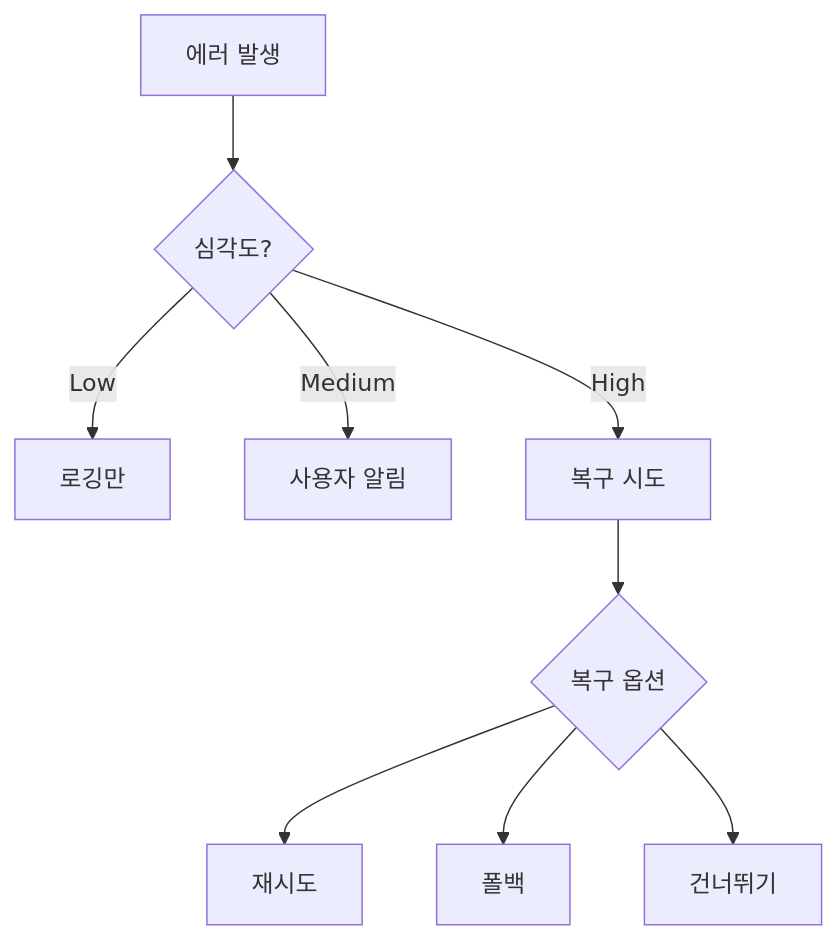
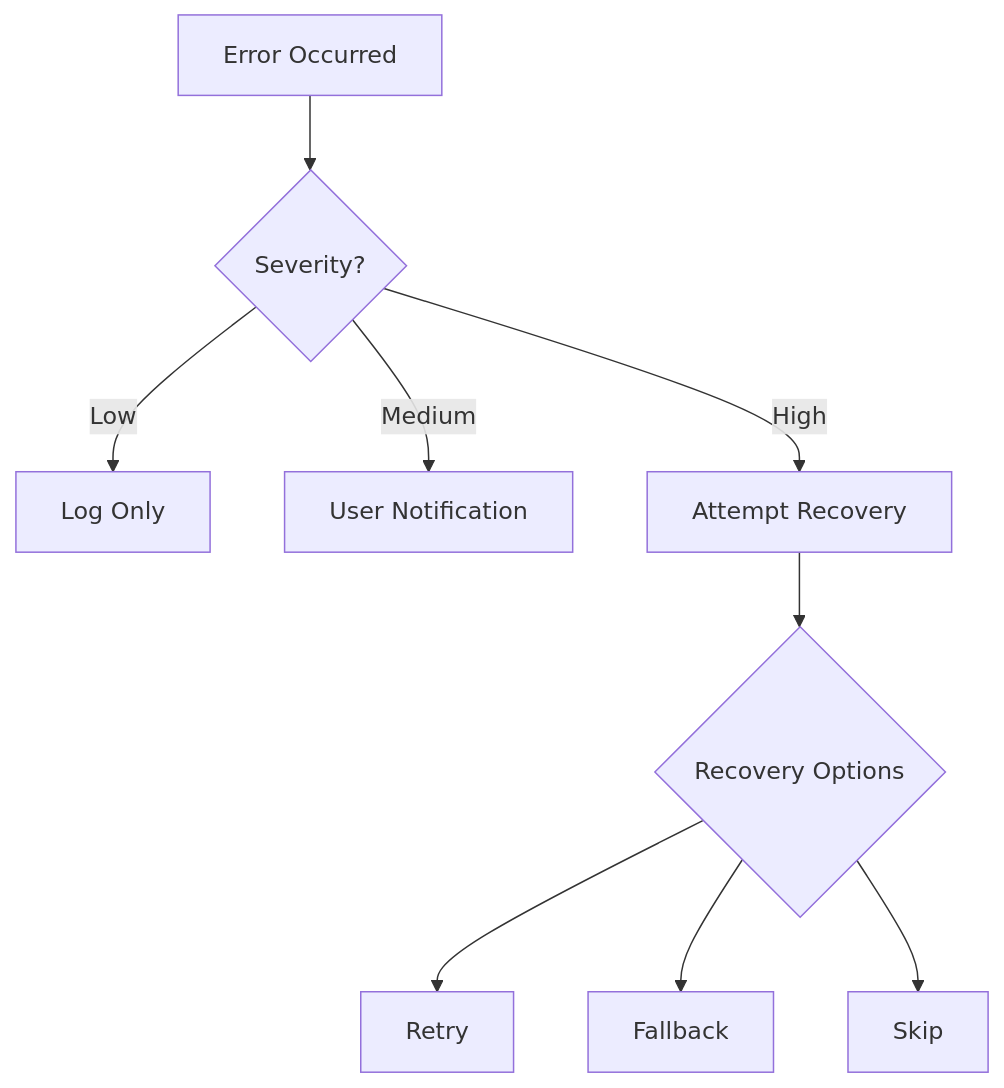
The tenth of 10 diagrams in docs/ARCHITECTURE.md (yeochul-jeon/ralph-mem), drawn with Mermaid before and after one commit. The commit also changed other lines of this file and 26 other files, not shown here.

````diff
--- a/docs/ARCHITECTURE.md
+++ b/docs/ARCHITECTURE.md
@@ -436,11 +438,11 @@
 ```mermaid
 flowchart TB
-    Error[에러 발생] --> Level{심각도?}
-    Level -->|Low| Log[로깅만]
-    Level -->|Medium| Notify[사용자 알림]
-    Level -->|High| Recover[복구 시도]
-    Recover --> Options{복구 옵션}
-    Options --> Retry[재시도]
-    Options --> Fallback[폴백]
-    Options --> Skip[건너뛰기]
+    Error[Error Occurred] --> Level{Severity?}
+    Level -->|Low| Log[Log Only]
+    Level -->|Medium| Notify[User Notification]
+    Level -->|High| Recover[Attempt Recovery]
+    Recover --> Options{Recovery Options}
+    Options --> Retry[Retry]
+    Options --> Fallback[Fallback]
+    Options --> Skip[Skip]
 ```
````
